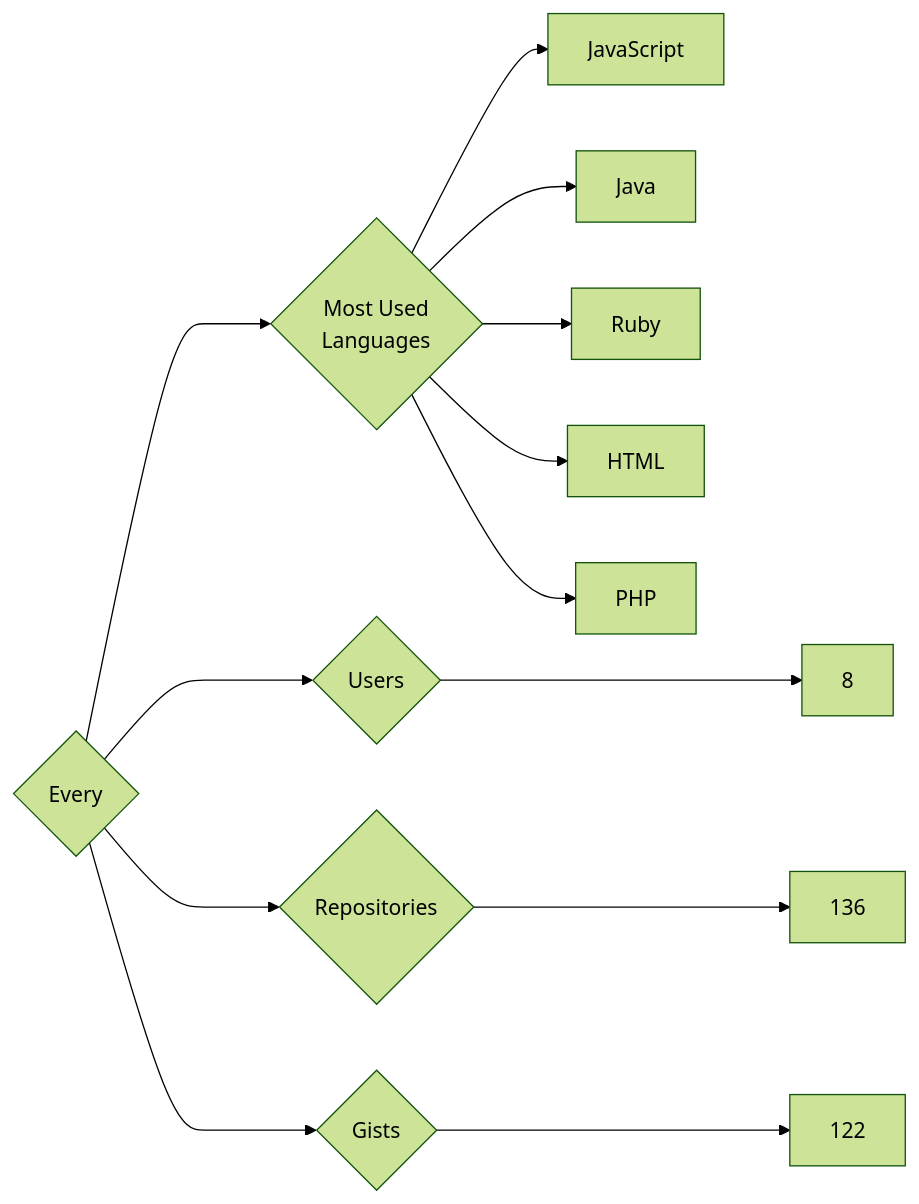
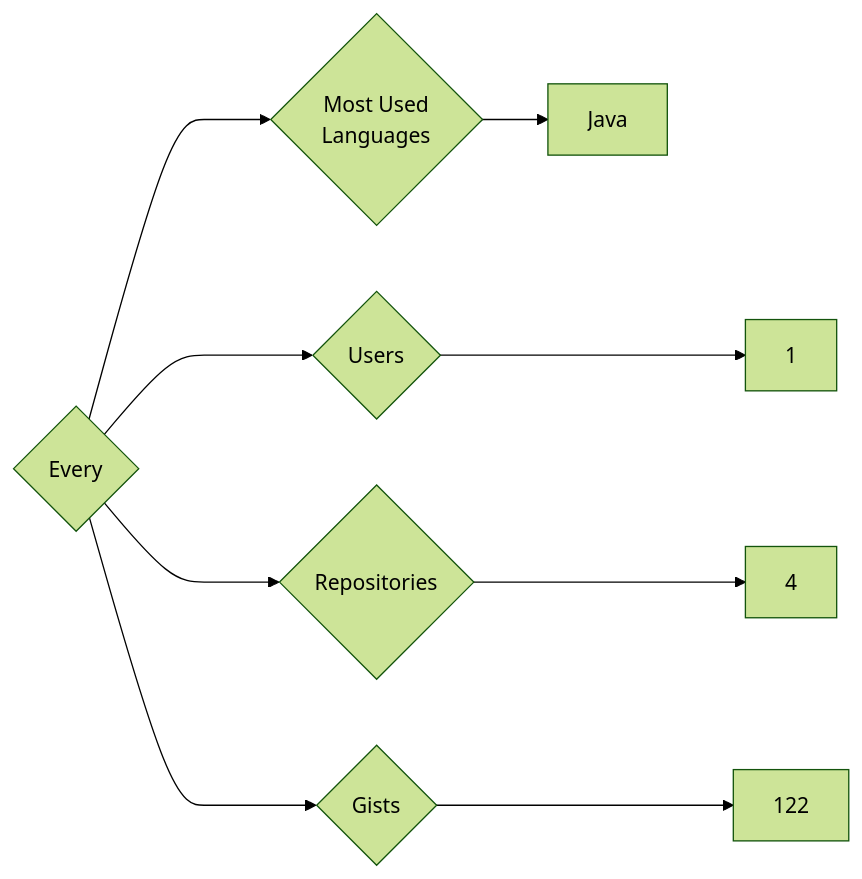
The diagram in targets/Every/README.md (trickest/insiders), drawn with Mermaid (forest theme) before and after one commit. The commit also changed 874 other files, not shown here.

````diff
--- a/targets/Every/README.md
+++ b/targets/Every/README.md
@@ -3,13 +3,9 @@
 ```mermaid
 graph LR
 COMPANY_NAME{Every}
-COMPANY_NAME ---> U{Users} ---> UN[8]
-COMPANY_NAME ---> R{Repositories} ---> RN[136]
+COMPANY_NAME ---> U{Users} ---> UN[1]
+COMPANY_NAME ---> R{Repositories} ---> RN[4]
 COMPANY_NAME ---> G{Gists} ---> GN[122]
 COMPANY_NAME ---> ML{Most Used<br>Languages}
-ML --> JavaScript[JavaScript]
 ML --> Java[Java]
-ML --> Ruby[Ruby]
-ML --> HTML[HTML]
-ML --> PHP[PHP]
 ```
````
